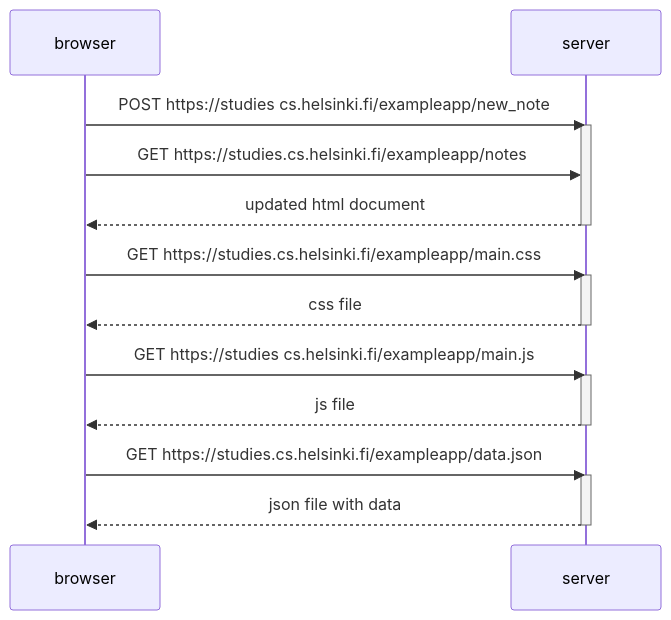
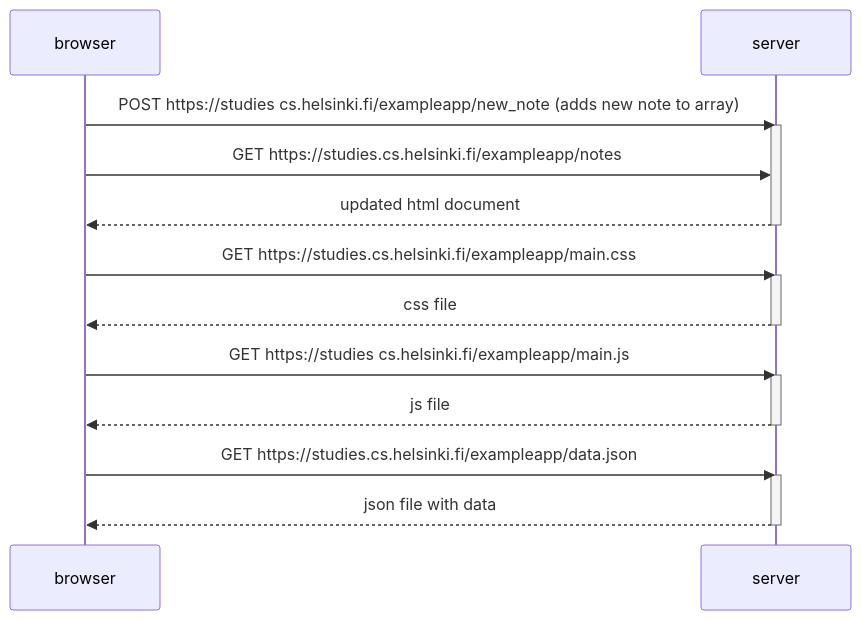
The diagram in part0/0_4_new_note_diagram/new_note_diagram.MD (aricvs/fullstackopen-submissions), drawn with Mermaid before and after one commit.

Commit message:
Add details to diagram

````diff
--- a/part0/0_4_new_note_diagram/new_note_diagram.MD
+++ b/part0/0_4_new_note_diagram/new_note_diagram.MD
@@ -1,27 +1,27 @@
 ```mermaid
     sequenceDiagram
     participant browser
     participant server
 
-    browser->>server: POST https://studies cs.helsinki.fi/exampleapp/new_note
+    browser->>server: POST https://studies cs.helsinki.fi/exampleapp/new_note (adds new note to array)
     activate server
 
     browser->>server: GET https://studies.cs.helsinki.fi/exampleapp/notes
     server-->>browser: updated html document
     deactivate server
 
     browser->>server: GET https://studies.cs.helsinki.fi/exampleapp/main.css
     activate server
     server-->>browser: css file
     deactivate server
 
     browser->>server: GET https://studies cs.helsinki.fi/exampleapp/main.js
     activate server
     server-->>browser: js file
     deactivate server
 
     browser->>server: GET https://studies.cs.helsinki.fi/exampleapp/data.json
     activate server
     server-->>browser: json file with data
     deactivate server
 ```
````
